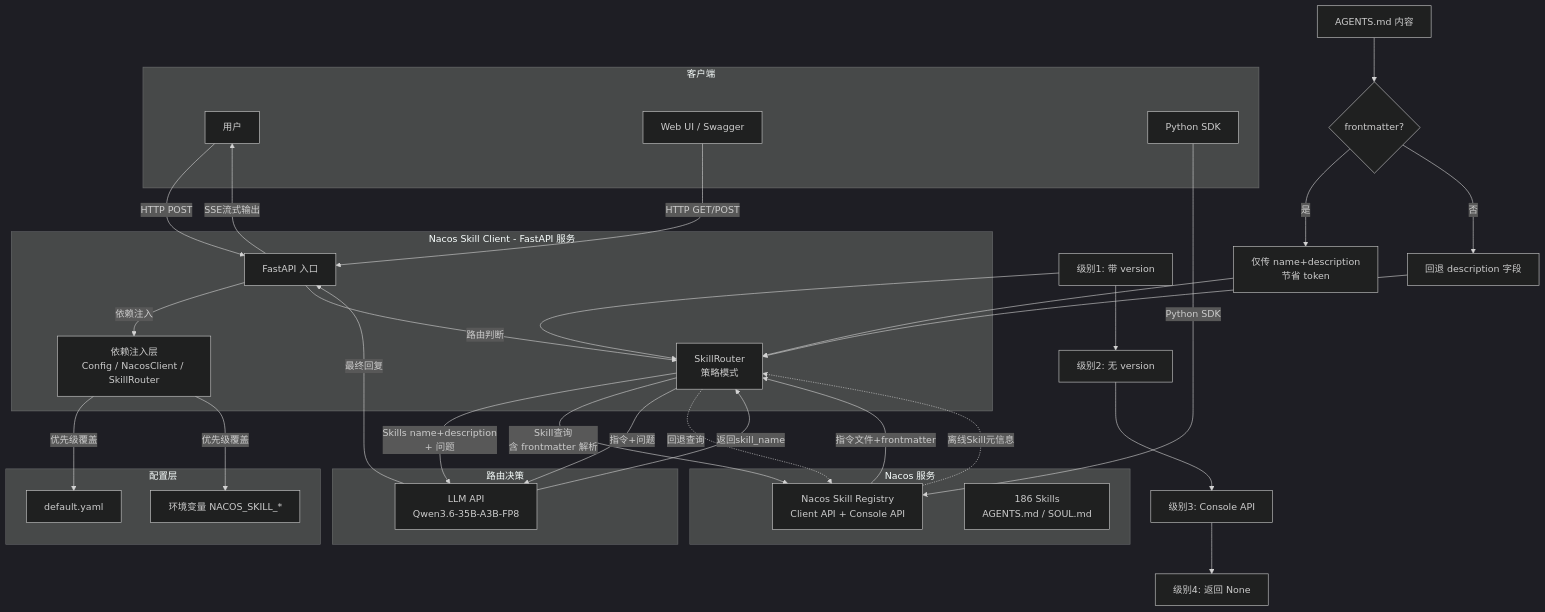
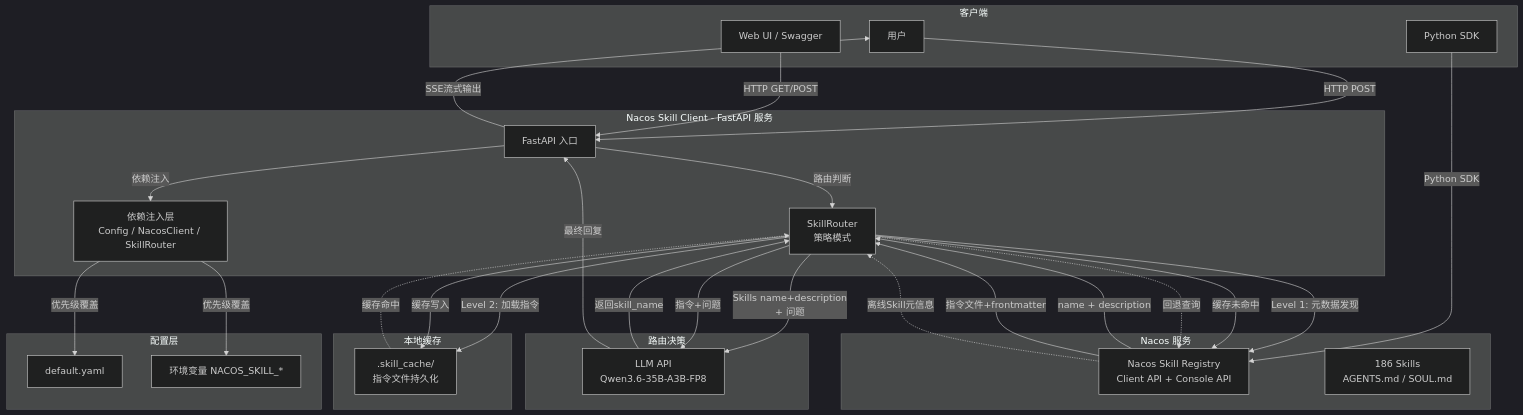
Before and after one commit to Fly-fly-bibiQ/nacos-skill-client: the diagram in README.md, drawn with Mermaid (dark theme). The commit also changed other lines of this file and 33 other files, not shown here.

````diff
--- a/README.md
+++ b/README.md
@@ -7,64 +7,62 @@
 ```mermaid
 graph TB
     subgraph 客户端
         User[用户]
         WebUI[Web UI / Swagger]
         SDK[Python SDK]
     end
 
     subgraph Nacos Skill Client API [Nacos Skill Client - FastAPI 服务]
         API[FastAPI 入口]
         Deps[依赖注入层<br/>Config / NacosClient / SkillRouter]
         Router[SkillRouter<br/>策略模式]
     end
 
     subgraph 路由决策
         LLM[LLM API<br/>Qwen3.6-35B-A3B-FP8]
     end
 
     subgraph Nacos 服务
         Nacos[Nacos Skill Registry<br/>Client API + Console API]
         Skills[186 Skills<br/>AGENTS.md / SOUL.md]
     end
 
+    subgraph 本地缓存
+        Cache[.skill_cache/<br/>指令文件持久化]
+    end
+
     User -->|HTTP POST| API
     WebUI -->|HTTP GET/POST| API
     SDK -->|Python SDK| Nacos
 
     API -->|依赖注入| Deps
     API -->|路由判断| Router
 
     Router -->|Skills name+description<br/>+ 问题| LLM
     LLM -->|返回skill_name| Router
 
-    Router -->|Skill查询<br/>含 frontmatter 解析| Nacos
+    Router -->|Level 1: 元数据发现| Nacos
+    Nacos -->|name + description| Router
+
+    Router -->|Level 2: 加载指令| Cache
+    Cache -.->|缓存命中| Router
+    Router -->|缓存未命中| Nacos
     Nacos -->|指令文件+frontmatter| Router
+    Router -->|缓存写入| Cache
+
     Router -->|指令+问题| LLM
     LLM -->|最终回复| API
 
     Router -.->|回退查询| Nacos
     Nacos -.->|离线Skill元信息| Router
 
     API -->|SSE流式输出| User
 
     subgraph 配置层
         YAML[default.yaml]
         Env[环境变量 NACOS_SKILL_*]
     end
 
     Deps -->|优先级覆盖| YAML
     Deps -->|优先级覆盖| Env
-
-    %% frontmatter 解析流程
-    FM1[AGENTS.md 内容] --> FM2{frontmatter?}
-    FM2 -- 是 --> FM3[仅传 name+description<br/>节省 token]
-    FM2 -- 否 --> FM4[回退 description 字段]
-    FM3 --> Router
-    FM4 --> Router
-
-    %% 四级回退策略
-    RET1[级别1: 带 version] --> RET2[级别2: 无 version]
-    RET2 --> RET3[级别3: Console API]
-    RET3 --> RET4[级别4: 返回 None]
-    RET1 --> Router
 ```
````
